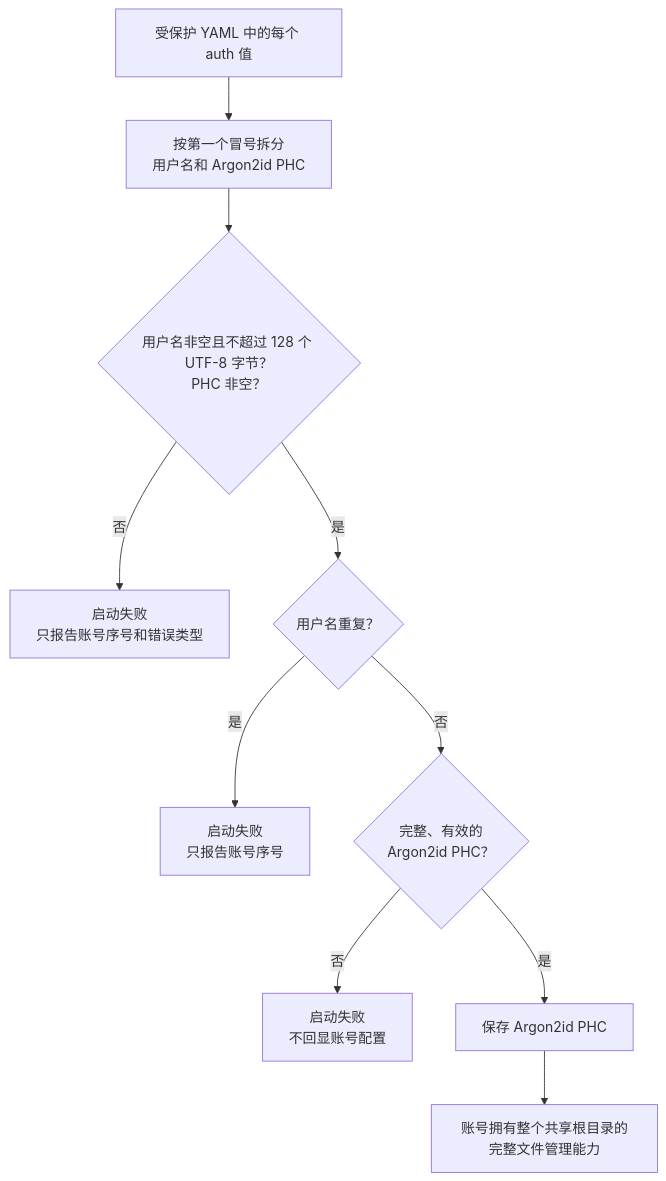
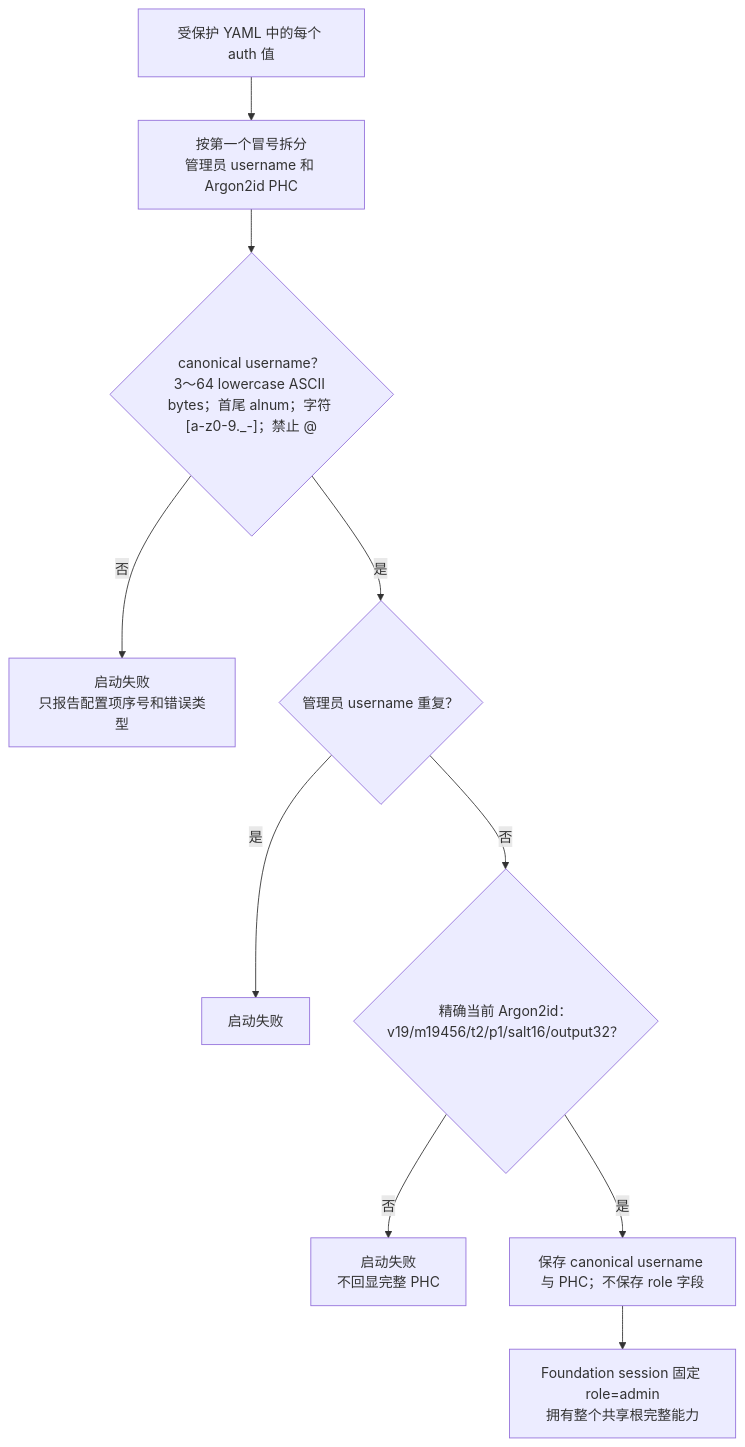
Before and after one commit to isarmg/dufs-ram: the fourth of 22 diagrams in docs/project-workflow.md, drawn with Mermaid. The commit also changed other lines of this file and 17 other files, not shown here.

````diff
--- a/docs/project-workflow.md
+++ b/docs/project-workflow.md
@@ -173,12 +175,12 @@
 ```mermaid
 flowchart TD
-    RAW["受保护 YAML 中的每个 auth 值"] --> SPLIT["按第一个冒号拆分<br/>用户名和 Argon2id PHC"]
-    SPLIT --> VALID{"用户名非空且不超过 128 个 UTF-8 字节？<br/>PHC 非空？"}
-    VALID -- 否 --> ERROR1["启动失败<br/>只报告账号序号和错误类型"]
-    VALID -- 是 --> DUP{"用户名重复？"}
-    DUP -- 是 --> ERROR2["启动失败<br/>只报告账号序号"]
-    DUP -- 否 --> PHC{"完整、有效的<br/>Argon2id PHC？"}
-    PHC -- 否 --> ERROR3["启动失败<br/>不回显账号配置"]
-    PHC -- 是 --> STORE["保存 Argon2id PHC"]
-    STORE --> FULL["账号拥有整个共享根目录的完整文件管理能力"]
+    RAW["受保护 YAML 中的每个 auth 值"] --> SPLIT["按第一个冒号拆分<br/>管理员 username 和 Argon2id PHC"]
+    SPLIT --> USERNAME{"canonical username？<br/>3～64 lowercase ASCII bytes；首尾 alnum；字符 [a-z0-9._-]；禁止 @"}
+    USERNAME -- 否 --> ERROR1["启动失败<br/>只报告配置项序号和错误类型"]
+    USERNAME -- 是 --> DUP{"管理员 username 重复？"}
+    DUP -- 是 --> ERROR2["启动失败"]
+    DUP -- 否 --> PHC{"精确当前 Argon2id：<br/>v19/m19456/t2/p1/salt16/output32？"}
+    PHC -- 否 --> ERROR3["启动失败<br/>不回显完整 PHC"]
+    PHC -- 是 --> STORE["保存 canonical username 与 PHC；不保存 role 字段"]
+    STORE --> FULL["Foundation session 固定 role=admin<br/>拥有整个共享根完整能力"]
 ```
````
